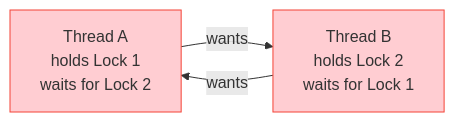
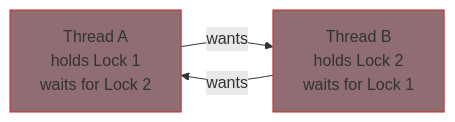
One commit to MichaelTien8901/linux-driver-guide-tutorial changed the third of 3 diagrams in part4/01-concurrency-concepts.md. Above: the diagram before and after it, drawn with Mermaid. The commit also changed 36 other files, not shown here.

Commit message:
Fix mermaid diagram colors to use consistent paper-like theme

````diff
--- a/part4/01-concurrency-concepts.md
+++ b/part4/01-concurrency-concepts.md
@@ -211,11 +211,11 @@
 ```mermaid
 flowchart LR
     A["Thread A<br/>holds Lock 1<br/>waits for Lock 2"]
     B["Thread B<br/>holds Lock 2<br/>waits for Lock 1"]
 
     A -->|wants| B
     B -->|wants| A
 
-    style A fill:#ffcdd2,stroke:#f44336
-    style B fill:#ffcdd2,stroke:#f44336
+    style A fill:#8f6d72,stroke:#c62828
+    style B fill:#8f6d72,stroke:#c62828
 ```
````
